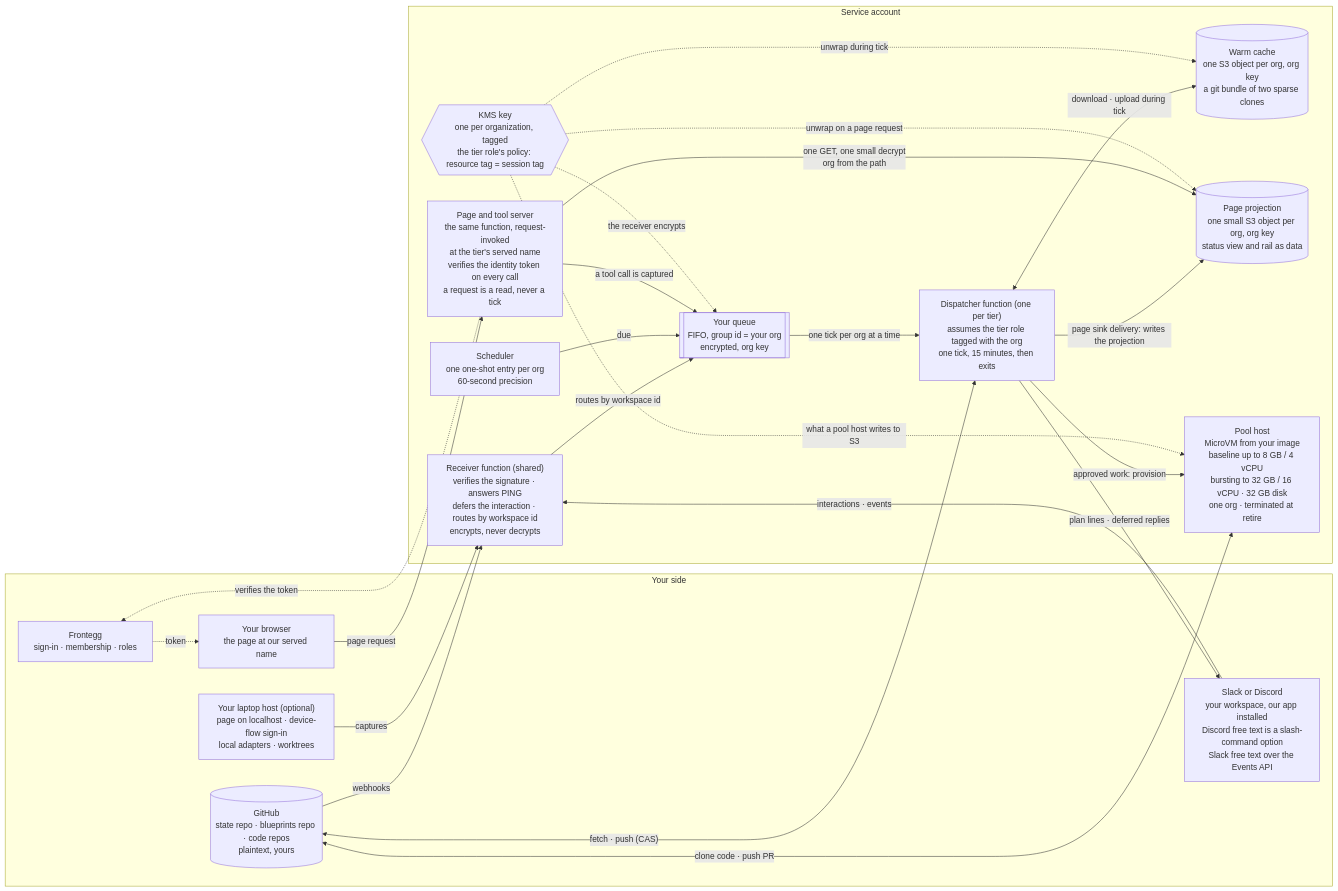
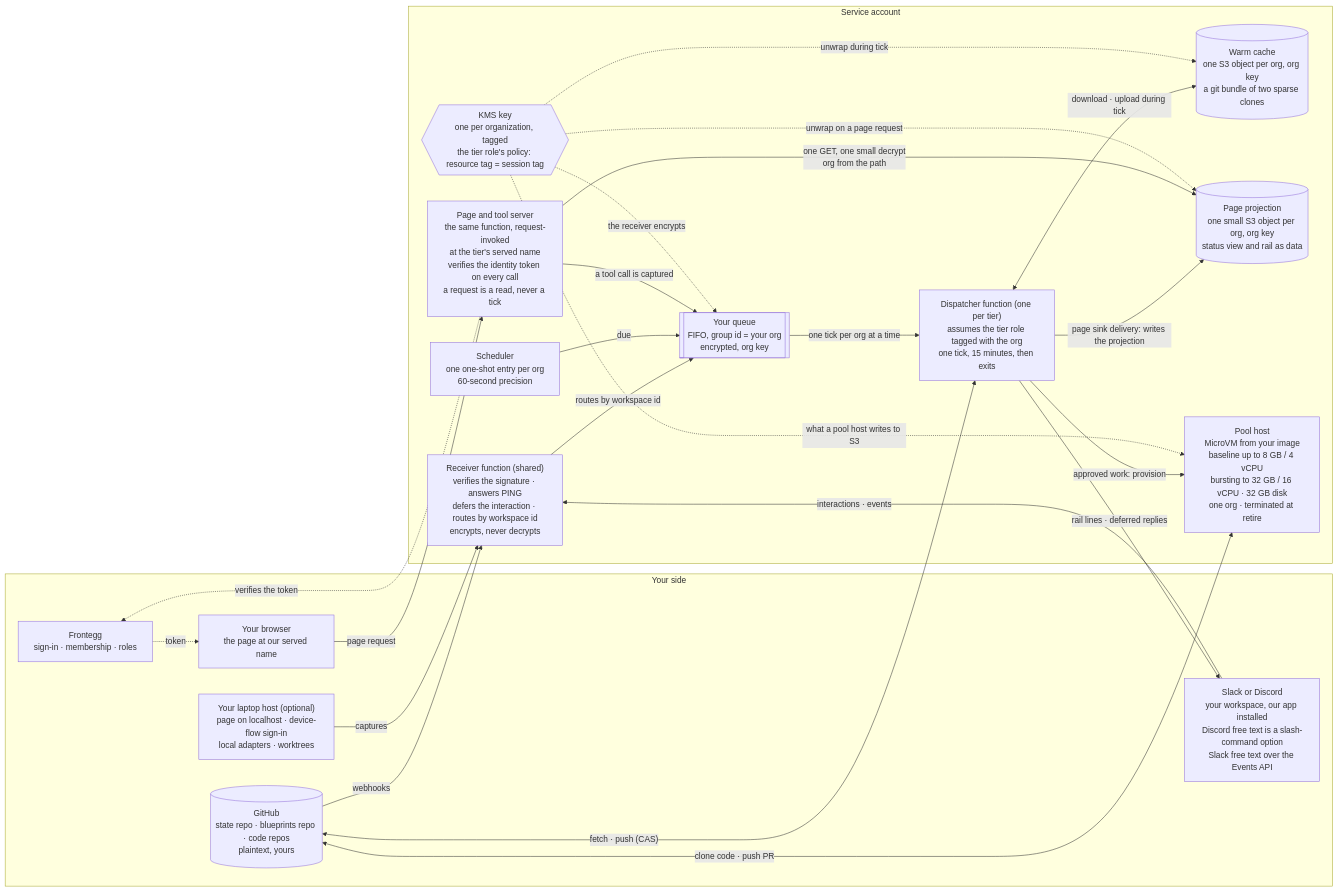
The diagram in design/flywheel-next/proposals/hosted-design.md (agentplot/blueprints), drawn with Mermaid before and after one commit. The commit also changed other lines of this file and 47 other files, not shown here.

First line of the commit message:
docs(flywheel-next): the rail — A.2's object renamed from the plan (glossary, 7–19, surfaces, model, machines/engine/rail.yaml, rail.* atoms, profiles, conformance, proposals, roadmap); 'the page' for the bundle; commercial plans and planning unchanged

````diff
--- a/design/flywheel-next/proposals/hosted-design.md
+++ b/design/flywheel-next/proposals/hosted-design.md
@@ -16,42 +16,42 @@
 ```mermaid
 flowchart LR
   subgraph you["Your side"]
     gh[("GitHub<br/>state repo · blueprints repo · code repos<br/>plaintext, yours")]
     lap["Your laptop host (optional)<br/>page on localhost · device-flow sign-in<br/>local adapters · worktrees"]
     chat["Slack or Discord<br/>your workspace, our app installed<br/>Discord free text is a slash-command option<br/>Slack free text over the Events API"]
     idp["Frontegg<br/>sign-in · membership · roles"]
     br["Your browser<br/>the page at our served name"]
   end
   subgraph svc["Service account"]
     rcv["Receiver function (shared)<br/>verifies the signature · answers PING<br/>defers the interaction · routes by workspace id<br/>encrypts, never decrypts"]
     q[["Your queue<br/>FIFO, group id = your org<br/>encrypted, org key"]]
     disp["Dispatcher function (one per tier)<br/>assumes the tier role tagged with the org<br/>one tick, 15 minutes, then exits"]
     page["Page and tool server<br/>the same function, request-invoked<br/>at the tier's served name<br/>verifies the identity token on every call<br/>a request is a read, never a tick"]
     cache[("Warm cache<br/>one S3 object per org, org key<br/>a git bundle of two sparse clones")]
     proj[("Page projection<br/>one small S3 object per org, org key<br/>status view and rail as data")]
     sched["Scheduler<br/>one one-shot entry per org<br/>60-second precision"]
     pool["Pool host<br/>MicroVM from your image<br/>baseline up to 8 GB / 4 vCPU<br/>bursting to 32 GB / 16 vCPU · 32 GB disk<br/>one org · terminated at retire"]
     key{{"KMS key<br/>one per organization, tagged<br/>the tier role's policy: resource tag = session tag"}}
   end
   gh -- "webhooks" --> rcv
   chat -- "interactions · events" --> rcv
   lap -- "captures" --> rcv
   rcv -- "routes by workspace id" --> q
   q -- "one tick per org at a time" --> disp
   sched -- "due" --> q
   br -- "page request" --> page
   idp -. "token" .-> br
   page -. "verifies the token" .-> idp
   page -- "a tool call is captured" --> q
   disp <-- "fetch · push (CAS)" --> gh
   disp <-- "download · upload during tick" --> cache
-  disp -- "plan lines · deferred replies" --> chat
+  disp -- "rail lines · deferred replies" --> chat
   disp -- "approved work: provision" --> pool
   pool <-- "clone code · push PR" --> gh
   disp -- "page sink delivery: writes the projection" --> proj
   page -- "one GET, one small decrypt<br/>org from the path" --> proj
   key -. "unwrap during tick" .-> cache
   key -. "unwrap on a page request" .-> proj
   key -. "the receiver encrypts" .-> q
   key -. "what a pool host writes to S3" .-> pool
 ```
````
